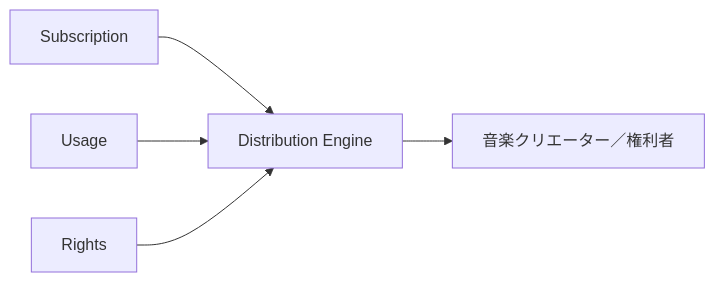
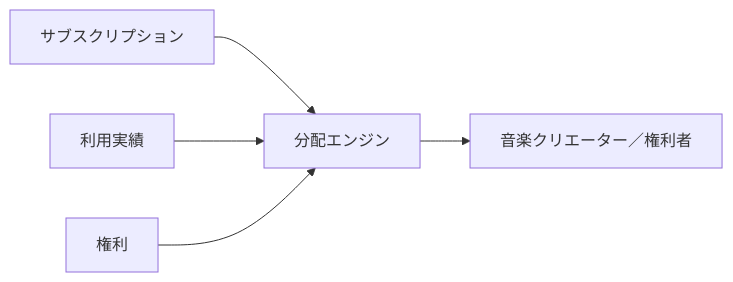
Diagram 12 of 47 in docs/whitepaper/13-roadmap.md (ShigeichiroYamasaki/creator-first-platform), drawn with Mermaid before and after one commit. The commit also changed other lines of this file and 72 other files, not shown here.

````diff
--- a/docs/whitepaper/13-roadmap.md
+++ b/docs/whitepaper/13-roadmap.md
@@ -397,13 +397,13 @@
 ```mermaid
 flowchart LR
-    SUB[Subscription]
-    USAGE[Usage]
-    RIGHTS[Rights]
-    ECON[Distribution Engine]
+    SUB[サブスクリプション]
+    USAGE[利用実績]
+    RIGHTS[権利]
+    ECON[分配エンジン]
     CREATOR[音楽クリエーター／権利者]
 
     SUB --> ECON
     USAGE --> ECON
     RIGHTS --> ECON
     ECON --> CREATOR
 ```
````
